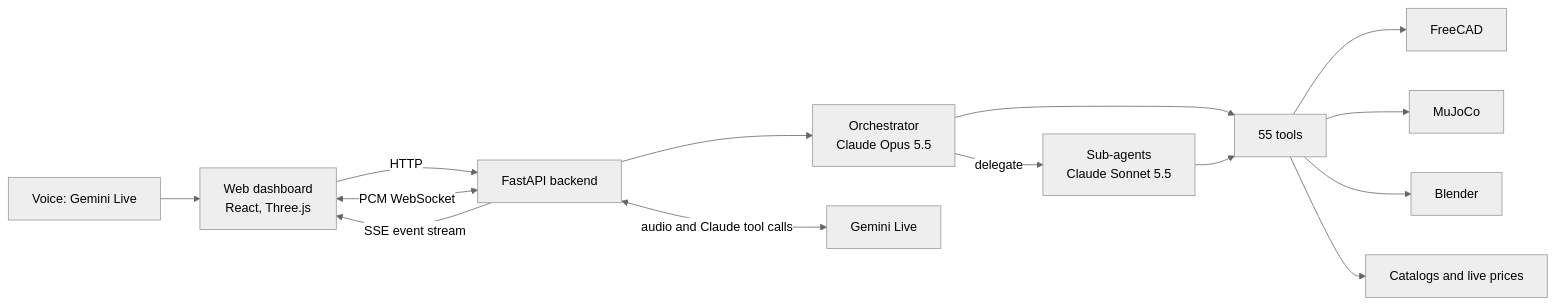
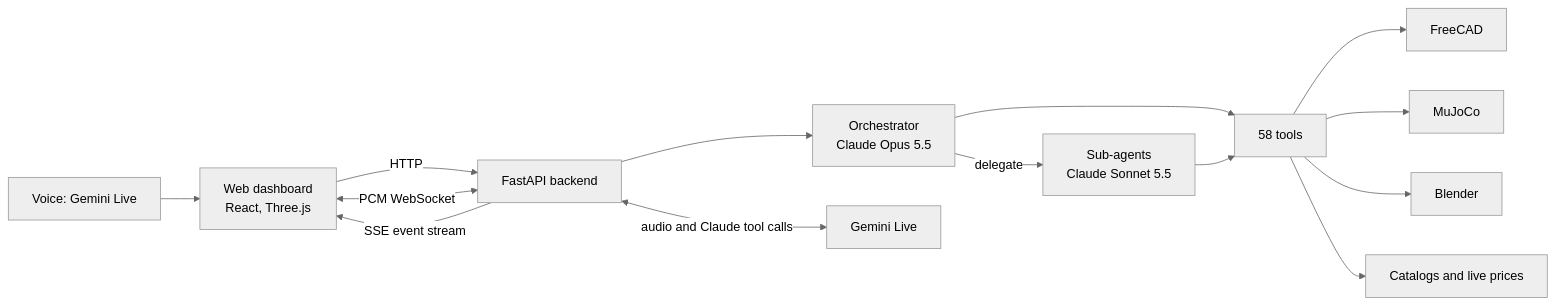
The diagram in README.md (AnyBuildhackathon/bauplan), drawn with Mermaid (neutral theme) before and after one commit. The commit also changed other lines of this file and 32 other files, not shown here.

````diff
--- a/README.md
+++ b/README.md
@@ -43,16 +43,16 @@
 ```mermaid
 flowchart LR
     V[Voice: Gemini Live] --> W
     W[Web dashboard<br/>React, Three.js] -->|HTTP| B[FastAPI backend]
     B -->|SSE event stream| W
     B --> O[Orchestrator<br/>Claude Opus 5.5]
     O -->|delegate| S[Sub-agents<br/>Claude Sonnet 5.5]
-    O --> T[55 tools]
+    O --> T[58 tools]
     S --> T
     T --> FC[FreeCAD]
     T --> MJ[MuJoCo]
     T --> BL[Blender]
     T --> PR[Catalogs and live prices]
     W <-->|PCM WebSocket| B
     B <-->|audio and Claude tool calls| G[Gemini Live]
 ```
````
